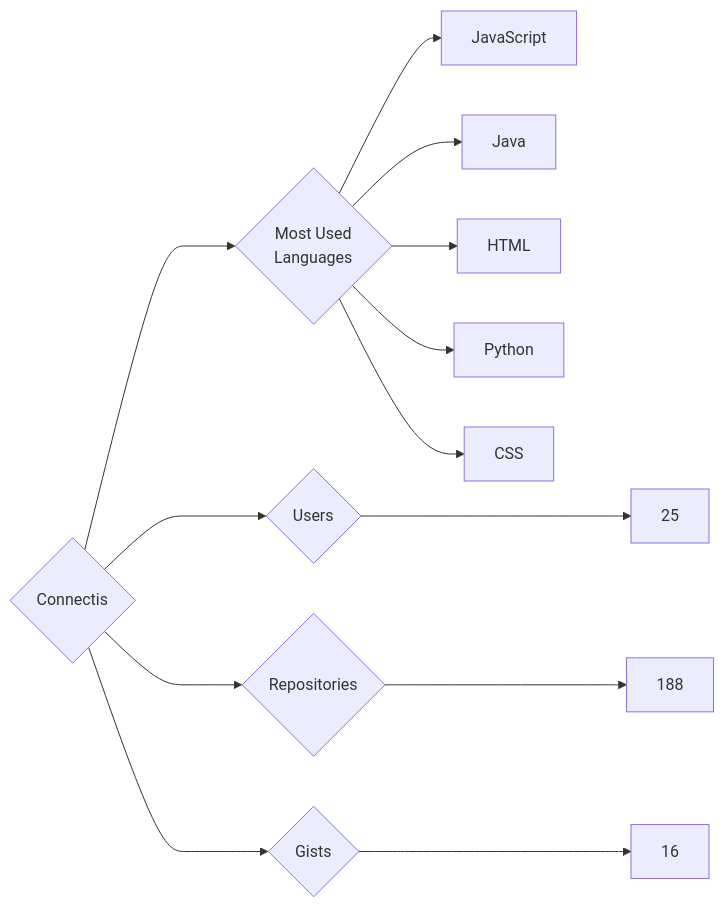
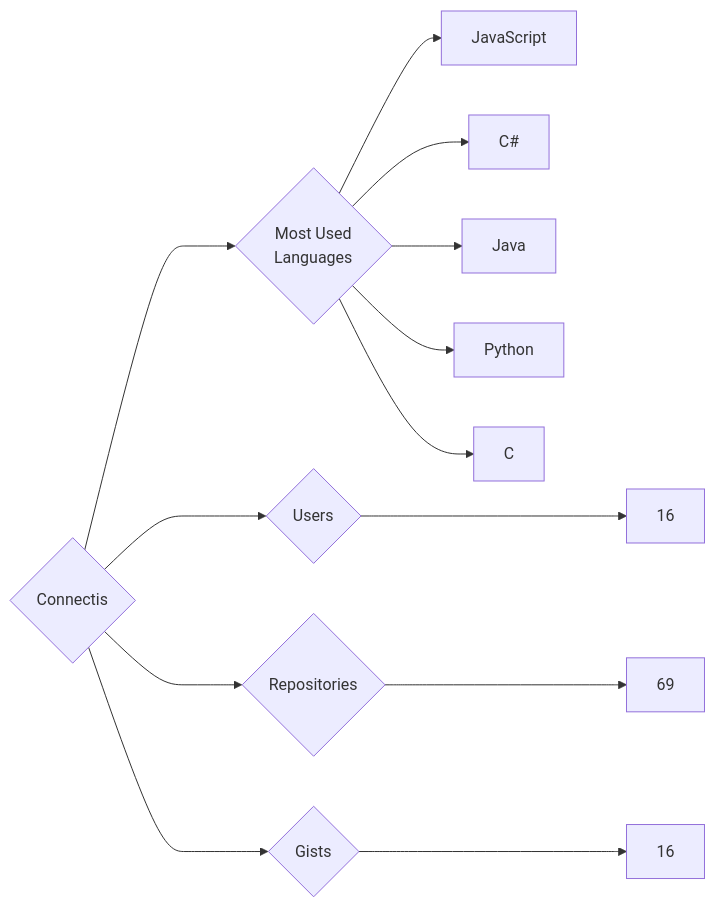
Before and after one commit to trickest/insiders: the diagram in targets/Connectis/README.md, drawn with Mermaid. The commit also changed 718 other files, not shown here.

````diff
--- a/targets/Connectis/README.md
+++ b/targets/Connectis/README.md
@@ -3,13 +3,13 @@
 ```mermaid
 graph LR
 COMPANY_NAME{Connectis}
-COMPANY_NAME ---> U{Users} ---> UN[25]
-COMPANY_NAME ---> R{Repositories} ---> RN[188]
+COMPANY_NAME ---> U{Users} ---> UN[16]
+COMPANY_NAME ---> R{Repositories} ---> RN[69]
 COMPANY_NAME ---> G{Gists} ---> GN[16]
 COMPANY_NAME ---> ML{Most Used<br>Languages}
 ML --> JavaScript[JavaScript]
+ML --> C#[C#]
 ML --> Java[Java]
-ML --> HTML[HTML]
 ML --> Python[Python]
-ML --> CSS[CSS]
+ML --> C[C]
 ```
````
